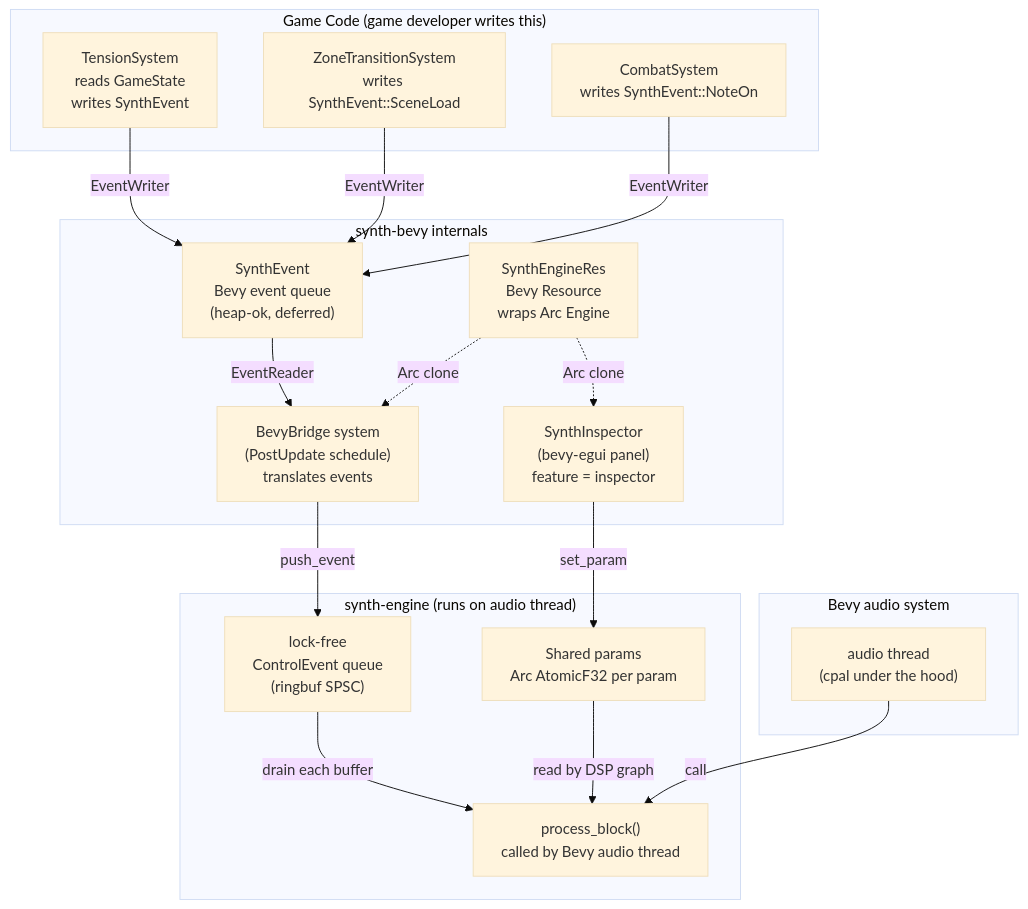
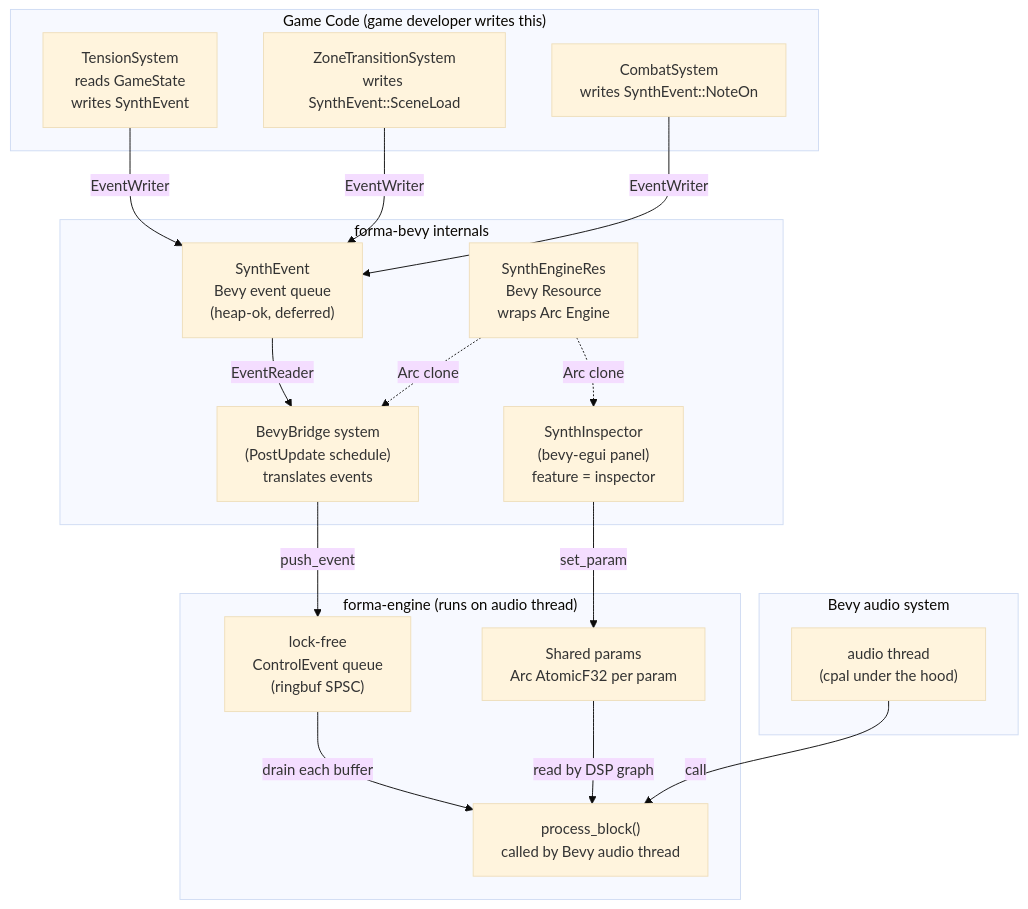
Diagram 15 of 16 in doc/ambient-architecture-proposal.md (Ven7u/the_synth), drawn with Mermaid (base theme) before and after one commit. The commit also changed other lines of this file and 143 other files, not shown here.

````diff
--- a/doc/ambient-architecture-proposal.md
+++ b/doc/ambient-architecture-proposal.md
@@ -1297,34 +1297,34 @@
 ```mermaid
 flowchart TD
     subgraph GAME["Game Code  (game developer writes this)"]
         GS1["TensionSystem\nreads GameState\nwrites SynthEvent"]
         GS2["ZoneTransitionSystem\nwrites SynthEvent::SceneLoad"]
         GS3["CombatSystem\nwrites SynthEvent::NoteOn"]
     end
 
-    subgraph BEVY_INTERNAL["synth-bevy internals"]
+    subgraph BEVY_INTERNAL["forma-bevy internals"]
         EVT["SynthEvent\nBevy event queue\n(heap-ok, deferred)"]
         BRIDGE["BevyBridge system\n(PostUpdate schedule)\ntranslates events"]
         RES["SynthEngineRes\nBevy Resource\nwraps Arc Engine"]
         INSP["SynthInspector\n(bevy-egui panel)\nfeature = inspector"]
     end
 
-    subgraph ENGINE["synth-engine  (runs on audio thread)"]
+    subgraph ENGINE["forma-engine  (runs on audio thread)"]
         QUEUE["lock-free\nControlEvent queue\n(ringbuf SPSC)"]
         PARAMS["Shared params\nArc AtomicF32 per param"]
         PB["process_block()\ncalled by Bevy audio thread"]
     end
 
     subgraph BEVY_AUDIO["Bevy audio system"]
         AT["audio thread\n(cpal under the hood)"]
     end
 
     GS1 & GS2 & GS3 -->|EventWriter| EVT
     EVT -->|EventReader| BRIDGE
     BRIDGE -->|push_event| QUEUE
     INSP -->|set_param| PARAMS
     RES -.->|Arc clone| BRIDGE & INSP
     QUEUE -->|drain each buffer| PB
     PARAMS -->|read by DSP graph| PB
     AT -->|call| PB
 ```
````
